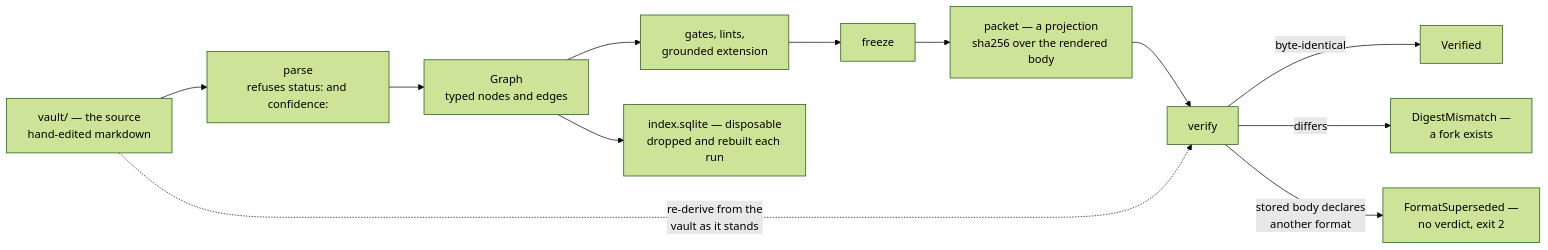
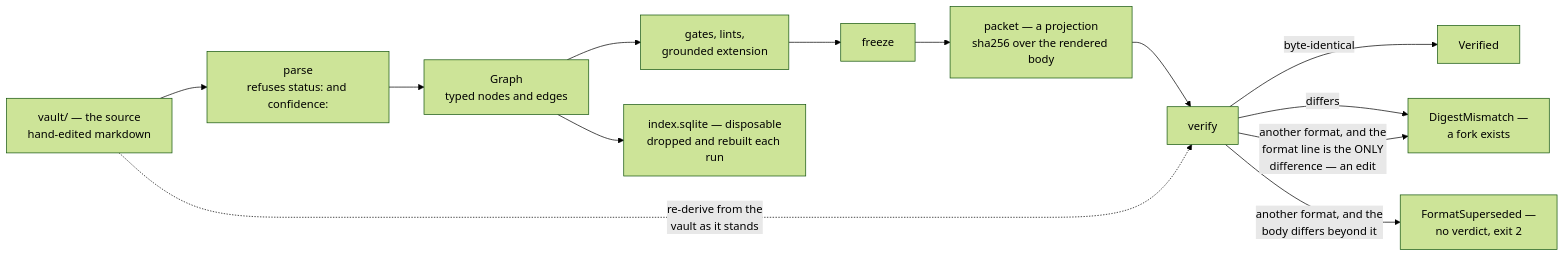
One commit to SecurityRonin/peira changed the first of 7 diagrams in docs/architecture.md. Above: the diagram before and after it, drawn with Mermaid (forest theme). The commit also changed other lines of this file and 4 other files, not shown here.

````diff
--- a/docs/architecture.md
+++ b/docs/architecture.md
@@ -73,15 +74,16 @@
 ```mermaid
 flowchart LR
     V["vault/ — the source<br/>hand-edited markdown"] --> P["parse<br/>refuses status: and confidence:"]
     P --> G["Graph<br/>typed nodes and edges"]
     G --> C["gates, lints,<br/>grounded extension"]
     C --> F["freeze"]
     F --> PK["packet — a projection<br/>sha256 over the rendered body"]
     G --> IX["index.sqlite — disposable<br/>dropped and rebuilt each run"]
 
     PK --> VY["verify"]
     V -.->|"re-derive from the<br/>vault as it stands"| VY
     VY -->|"byte-identical"| OK["Verified"]
     VY -->|"differs"| DM["DigestMismatch —<br/>a fork exists"]
-    VY -->|"stored body declares<br/>another format"| FS["FormatSuperseded —<br/>no verdict, exit 2"]
+    VY -->|"another format, and the<br/>format line is the ONLY<br/>difference — an edit"| DM
+    VY -->|"another format, and the<br/>body differs beyond it"| FS["FormatSuperseded —<br/>no verdict, exit 2"]
 ```
````
